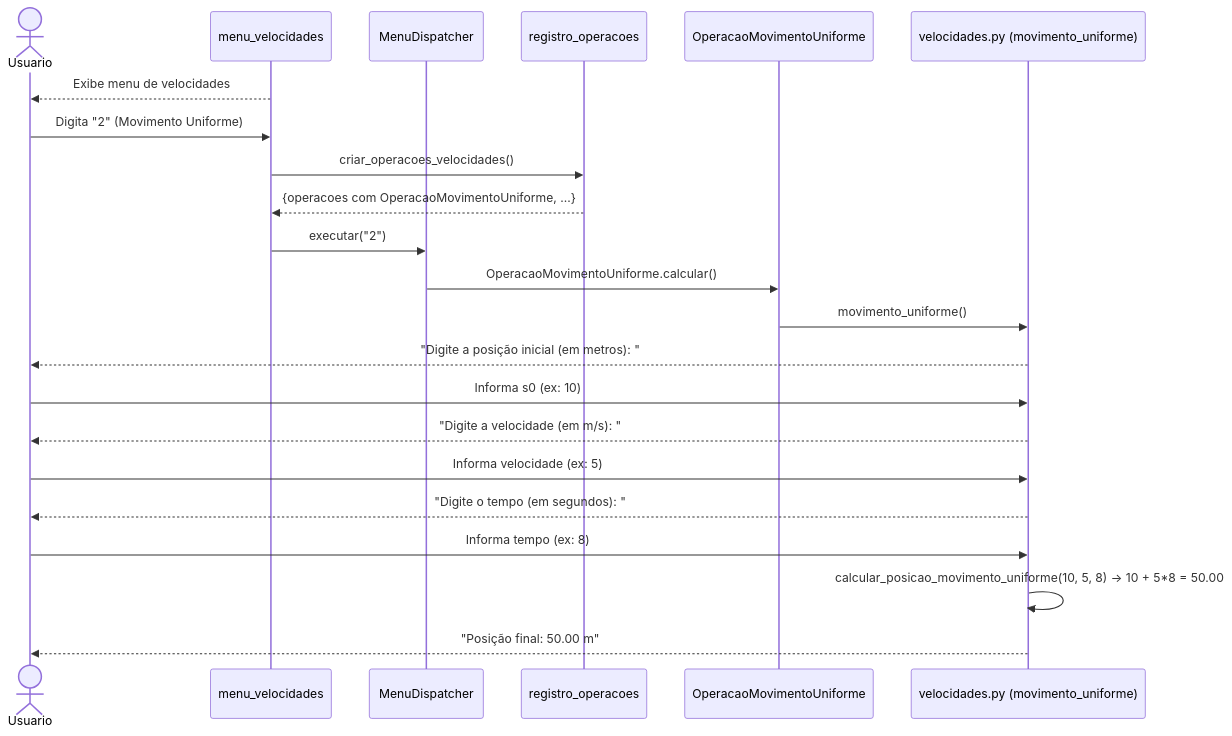
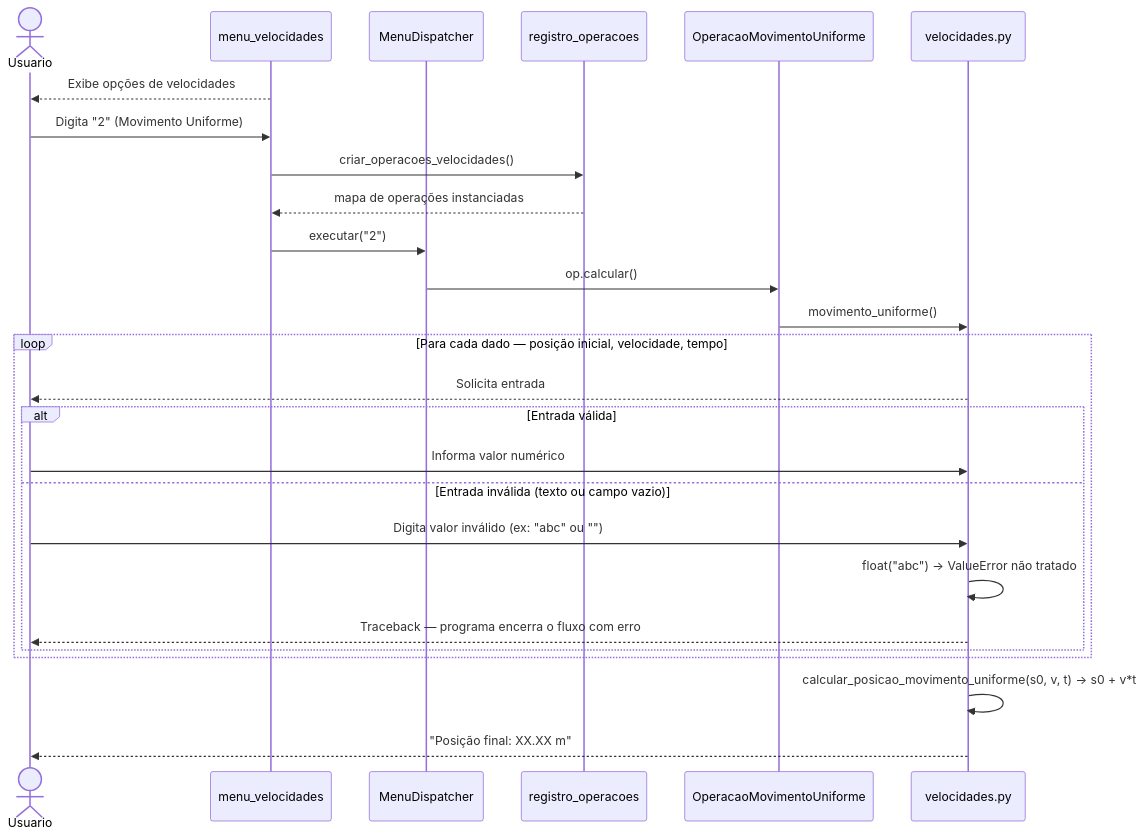
Before and after one commit to software-engineering-labs-ifrn/2026-1-Jonathan: the diagram in Docs/Diagramas de sequência/DS_US04_MovimentoUniforme.md, drawn with Mermaid. The commit also changed other lines of this file and 10 other files, not shown here.

Commit message:
Fix: corrige diagramas

````diff
--- a/Docs/Diagramas de sequência/DS_US04_MovimentoUniforme.md
+++ b/Docs/Diagramas de sequência/DS_US04_MovimentoUniforme.md
@@ -9,26 +7,31 @@
 ```mermaid
 sequenceDiagram
     actor Usuario
     participant MenuVel as menu_velocidades
     participant Dispatcher as MenuDispatcher
     participant Registro as registro_operacoes
     participant Op as OperacaoMovimentoUniforme
-    participant Calc as velocidades.py (movimento_uniforme)
+    participant Calc as velocidades.py
 
-    MenuVel-->>Usuario: Exibe menu de velocidades
+    MenuVel-->>Usuario: Exibe opções de velocidades
     Usuario->>MenuVel: Digita "2" (Movimento Uniforme)
     MenuVel->>Registro: criar_operacoes_velocidades()
-    Registro-->>MenuVel: {operacoes com OperacaoMovimentoUniforme, ...}
+    Registro-->>MenuVel: mapa de operações instanciadas
     MenuVel->>Dispatcher: executar("2")
-    Dispatcher->>Op: OperacaoMovimentoUniforme.calcular()
+    Dispatcher->>Op: op.calcular()
     Op->>Calc: movimento_uniforme()
 
-    Calc-->>Usuario: "Digite a posição inicial (em metros): "
-    Usuario->>Calc: Informa s0 (ex: 10)
-    Calc-->>Usuario: "Digite a velocidade (em m/s): "
-    Usuario->>Calc: Informa velocidade (ex: 5)
-    Calc-->>Usuario: "Digite o tempo (em segundos): "
-    Usuario->>Calc: Informa tempo (ex: 8)
-    Calc->>Calc: calcular_posicao_movimento_uniforme(10, 5, 8) → 10 + 5*8 = 50.00
-    Calc-->>Usuario: "Posição final: 50.00 m"
+    loop Para cada dado — posição inicial, velocidade, tempo
+        Calc-->>Usuario: Solicita entrada
+        alt Entrada válida
+            Usuario->>Calc: Informa valor numérico
+        else Entrada inválida (texto ou campo vazio)
+            Usuario->>Calc: Digita valor inválido (ex: "abc" ou "")
+            Calc->>Calc: float("abc") → ValueError não tratado
+            Calc-->>Usuario: Traceback — programa encerra o fluxo com erro
+        end
+    end
+
+    Calc->>Calc: calcular_posicao_movimento_uniforme(s0, v, t) → s0 + v*t
+    Calc-->>Usuario: "Posição final: XX.XX m"
 ```
````
